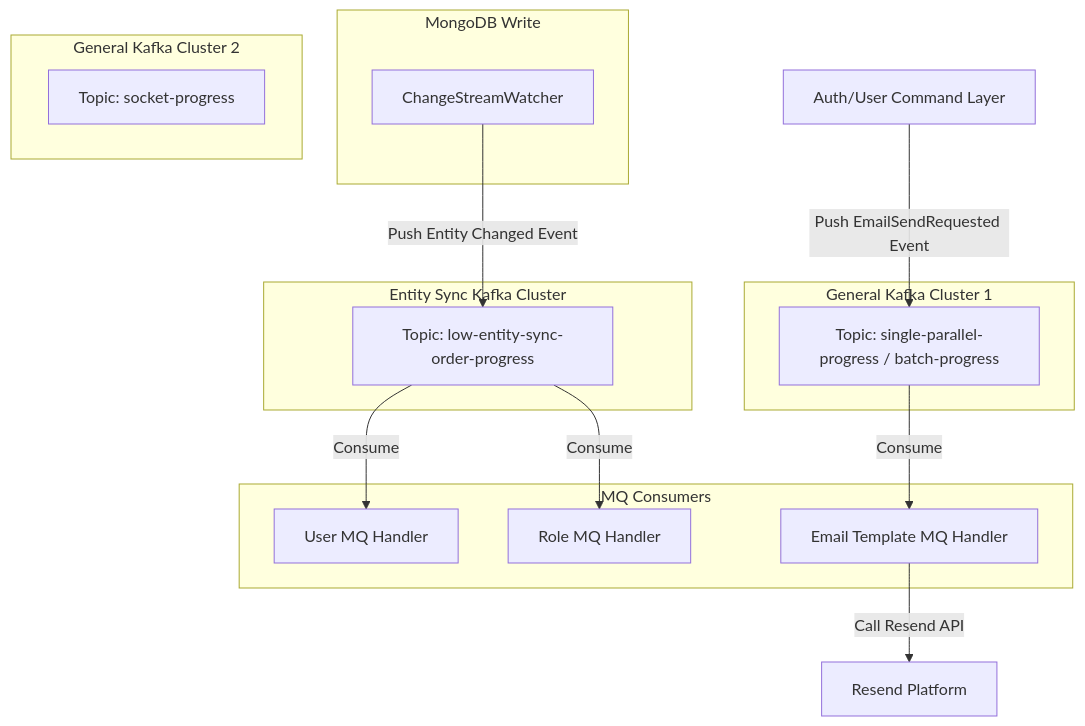
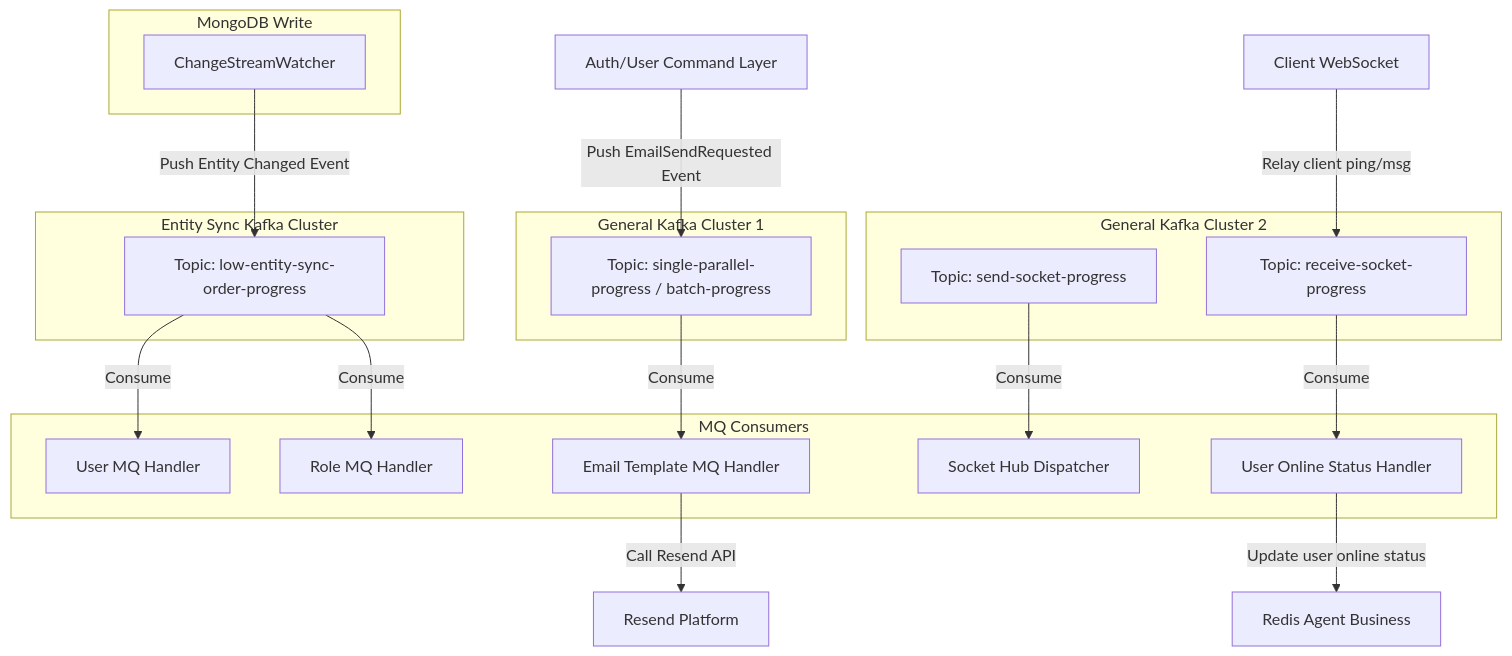
One commit to sowfkun/sowfkun-verse changed the diagram in .agents/docs/INFRASTRUCTURE_BUSINESS_MAPPING.md. Above: the diagram before and after it, drawn with Mermaid. The commit also changed other lines of this file, not shown here.

Commit message:
docs(socket): update infrastructure mapping to document send/receive topics and client ping

````diff
--- a/.agents/docs/INFRASTRUCTURE_BUSINESS_MAPPING.md
+++ b/.agents/docs/INFRASTRUCTURE_BUSINESS_MAPPING.md
@@ -96,32 +97,40 @@
 ```mermaid
 graph TD
     subgraph MongoDB Write
         A[ChangeStreamWatcher]
     end
     
     subgraph Entity Sync Kafka Cluster
         TopicSync[Topic: low-entity-sync-order-progress]
     end
 
     subgraph General Kafka Cluster 1
         TopicGeneral[Topic: single-parallel-progress / batch-progress]
     end
 
     subgraph General Kafka Cluster 2
-        TopicSocket[Topic: socket-progress]
+        TopicSend[Topic: send-socket-progress]
+        TopicReceive[Topic: receive-socket-progress]
     end
     
     subgraph MQ Consumers
         UserConsumer[User MQ Handler]
         RoleConsumer[Role MQ Handler]
         EmailConsumer[Email Template MQ Handler]
+        SocketSendConsumer[Socket Hub Dispatcher]
+        SocketReceiveConsumer[User Online Status Handler]
     end
 
     A -->|Push Entity Changed Event| TopicSync
     TopicSync -->|Consume| UserConsumer
     TopicSync -->|Consume| RoleConsumer
     
     AuthCmd[Auth/User Command Layer] -->|Push EmailSendRequested Event| TopicGeneral
     TopicGeneral -->|Consume| EmailConsumer
     EmailConsumer -->|Call Resend API| ResendSDK[Resend Platform]
+
+    TopicSend -->|Consume| SocketSendConsumer
+    ClientWS[Client WebSocket] -->|Relay client ping/msg| TopicReceive
+    TopicReceive -->|Consume| SocketReceiveConsumer
+    SocketReceiveConsumer -->|Update user online status| Redis[Redis Agent Business]
 ```
````
